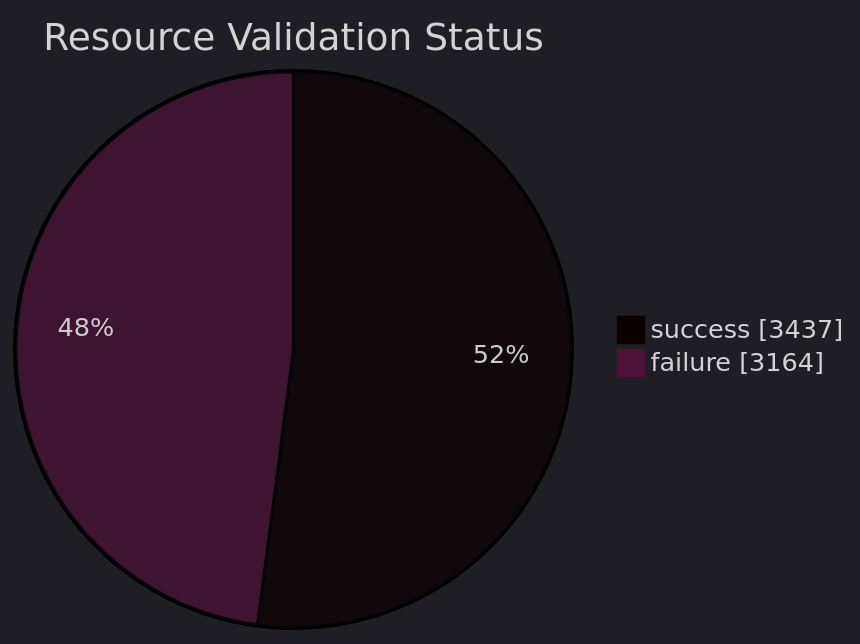
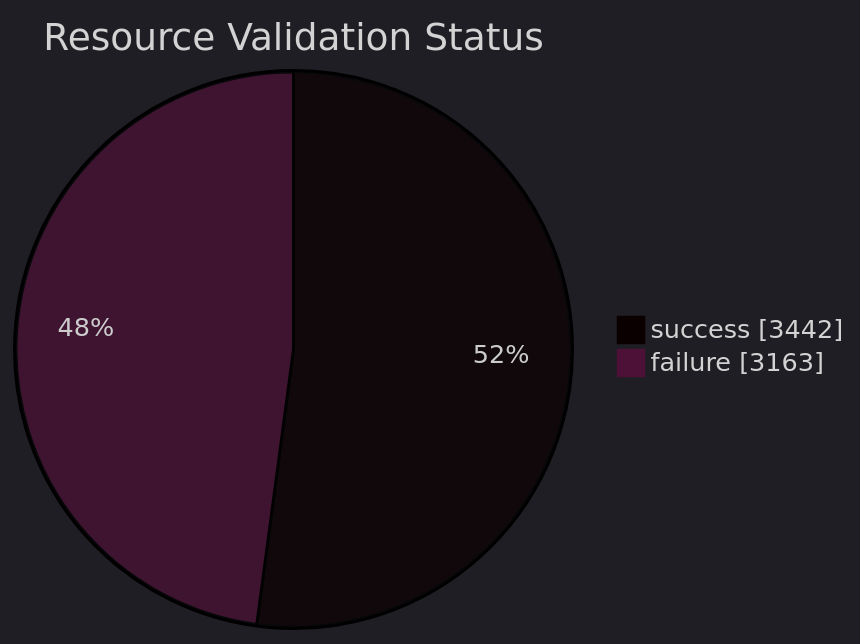
One commit to open-data/analytics-corporate-reporting changed the diagram in datastore_tracker/resource_validation_status_pie_chart.md. Above: the diagram before and after it, drawn with Mermaid. The commit also changed 7 other files, not shown here.

````diff
--- a/datastore_tracker/resource_validation_status_pie_chart.md
+++ b/datastore_tracker/resource_validation_status_pie_chart.md
@@ -2,9 +2,9 @@
 ```mermaid
 ---
 config:
   theme: dark
 ---
 pie showData title Resource Validation Status
-    "success": 3437
-    "failure": 3164
+    "success": 3442
+    "failure": 3163
 ```
````
